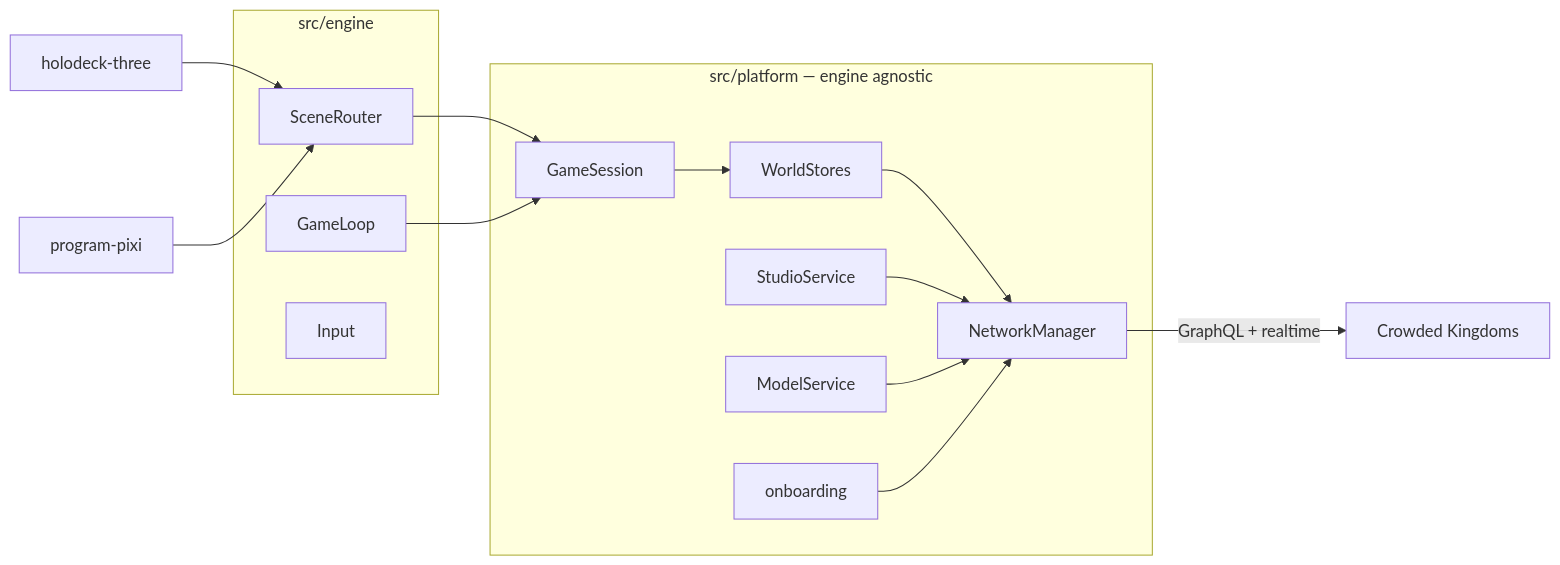
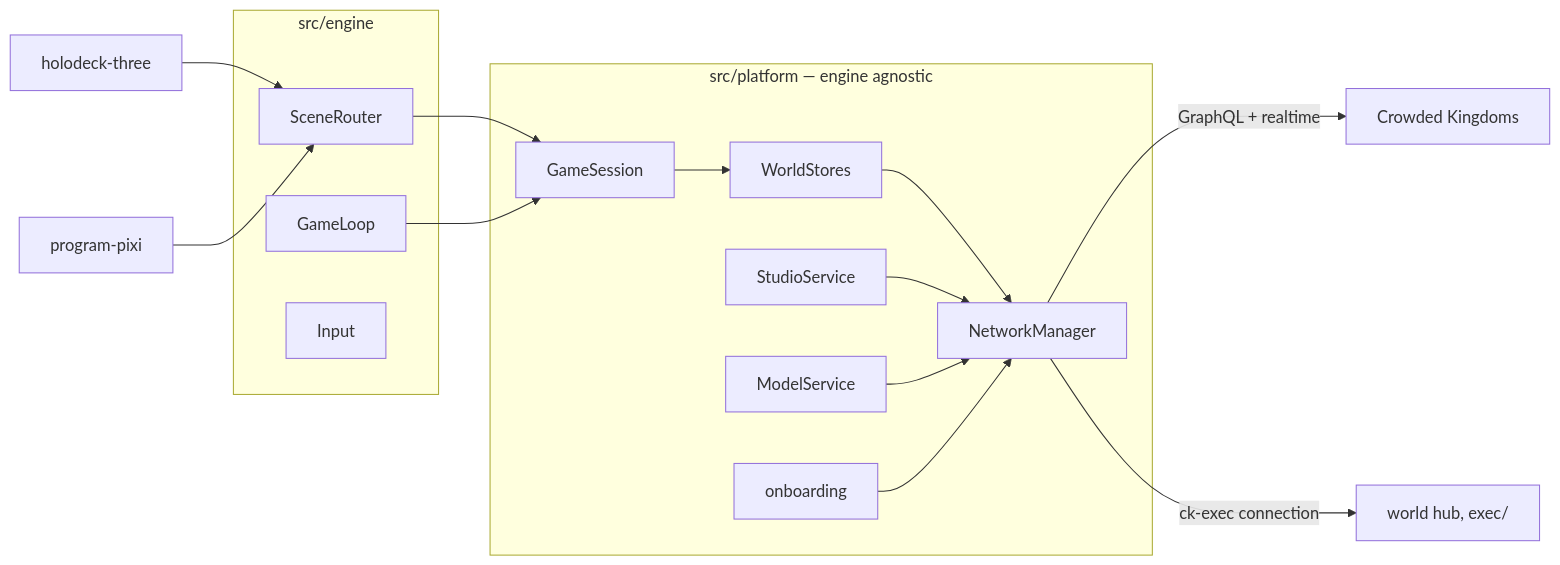
Before and after one commit to CrowdedKingdoms/the-construct: the diagram in README.md, drawn with Mermaid. The commit also changed other lines of this file and 9 other files, not shown here.

First line of the commit message:
Docs: the world hub on ck-exec, SERVER mods, and what the port could not keep

````diff
--- a/README.md
+++ b/README.md
@@ -112,25 +120,26 @@
 ```mermaid
 flowchart LR
   subgraph platform [src/platform — engine agnostic]
     Net[NetworkManager]
     Stores[WorldStores]
     Session[GameSession]
     Studio[StudioService]
     Model[ModelService]
     Onb[onboarding]
   end
   subgraph engine [src/engine]
     Loop[GameLoop]
     Router[SceneRouter]
     Input[Input]
   end
   Holo[holodeck-three] --> Router
   Paint[program-pixi] --> Router
   Router --> Session
   Loop --> Session
   Session --> Stores --> Net
   Studio --> Net
   Model --> Net
   Onb --> Net
   Net -->|GraphQL + realtime| CK[Crowded Kingdoms]
+  Net -->|ck-exec connection| Hub[world hub, exec/]
 ```
````
